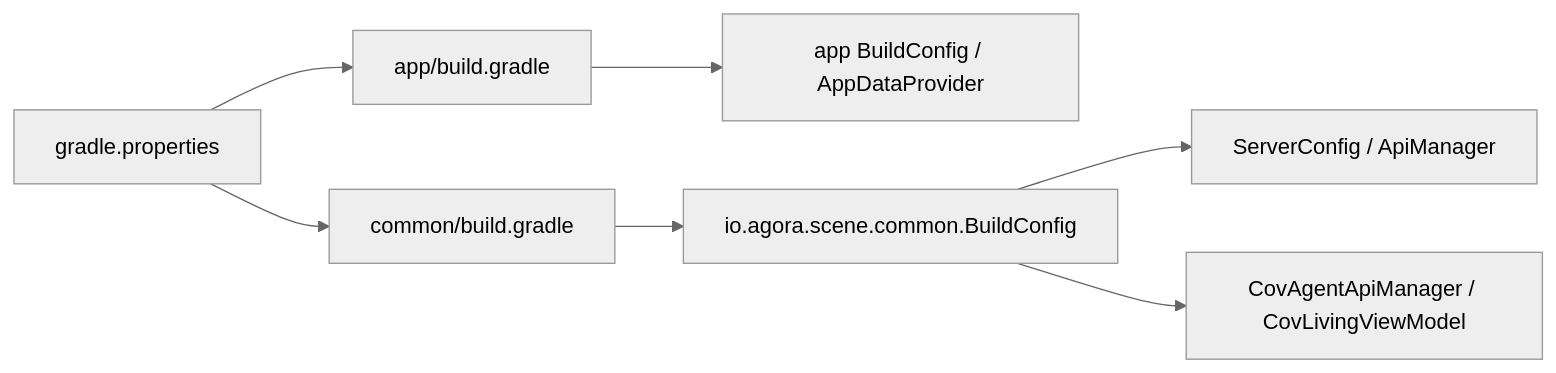
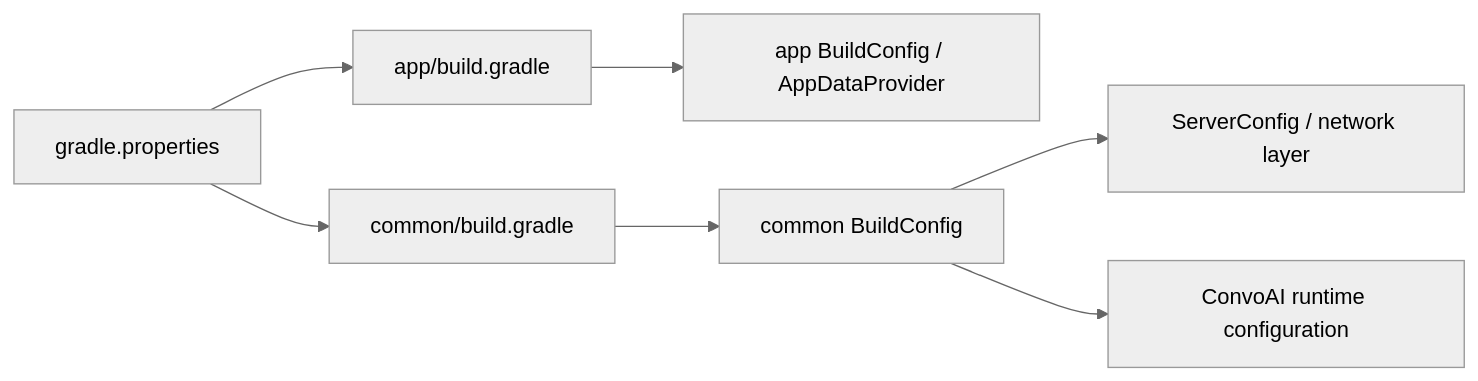
One commit to Shengwang-Community/Conversational-AI-Demo changed the sixth of 6 diagrams in Android/ARCHITECTURE.md. Above: the diagram before and after it, drawn with Mermaid (neutral theme). The commit also changed other lines of this file and 69 other files, not shown here.

````diff
--- a/Android/ARCHITECTURE.md
+++ b/Android/ARCHITECTURE.md
@@ -137,9 +138,9 @@
 ```mermaid
 flowchart LR
   props["gradle.properties"] --> appGradle["app/build.gradle"]
   props --> commonGradle["common/build.gradle"]
   appGradle --> appConfig["app BuildConfig / AppDataProvider"]
-  commonGradle --> commonConfig["io.agora.scene.common.BuildConfig"]
-  commonConfig --> serverConfig["ServerConfig / ApiManager"]
-  commonConfig --> sceneApi["CovAgentApiManager / CovLivingViewModel"]
+  commonGradle --> commonConfig["common BuildConfig"]
+  commonConfig --> serverConfig["ServerConfig / network layer"]
+  commonConfig --> feature["ConvoAI runtime configuration"]
 ```
````
